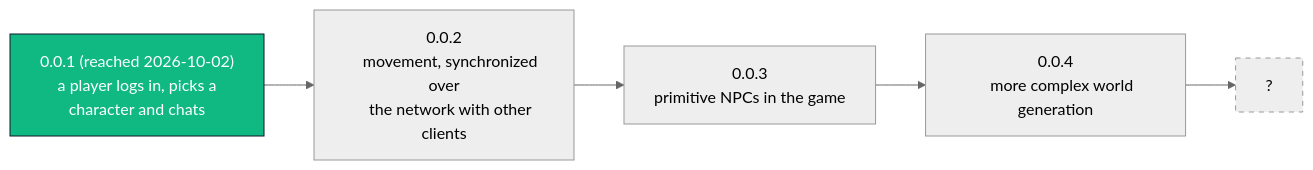
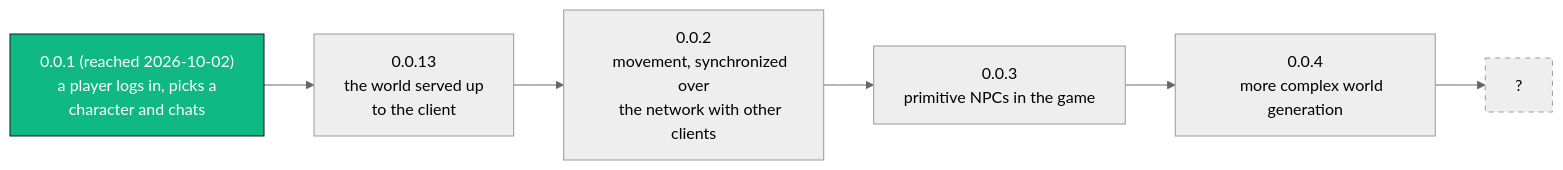
Before and after one commit to FluffyByteSoftware/Opus: the diagram in Documentation/LLM/WAYPOINTS.md, drawn with Mermaid (neutral theme). The commit also changed other lines of this file and 3 other files, not shown here.

First line of the commit message:
WAYPOINTS.md: 0.0.13, the world served up to the client, a waypoint of its own

````diff
--- a/Documentation/LLM/WAYPOINTS.md
+++ b/Documentation/LLM/WAYPOINTS.md
@@ -16,17 +16,20 @@
 ```mermaid
 flowchart LR
     A["0.0.1 (reached 2026-10-02)
     a player logs in, picks a
     character and chats"]
+    W["0.0.13
+    the world served up
+    to the client"]
     B["0.0.2
     movement, synchronized over
     the network with other clients"]
     C["0.0.3
     primitive NPCs in the game"]
     D["0.0.4
     more complex world generation"]
     E["?"]
-    A --> B --> C --> D --> E
+    A --> W --> B --> C --> D --> E
     style A fill:#10b981,stroke:#0f172a,color:#ffffff
     style E stroke-dasharray: 5 5
 ```
````
